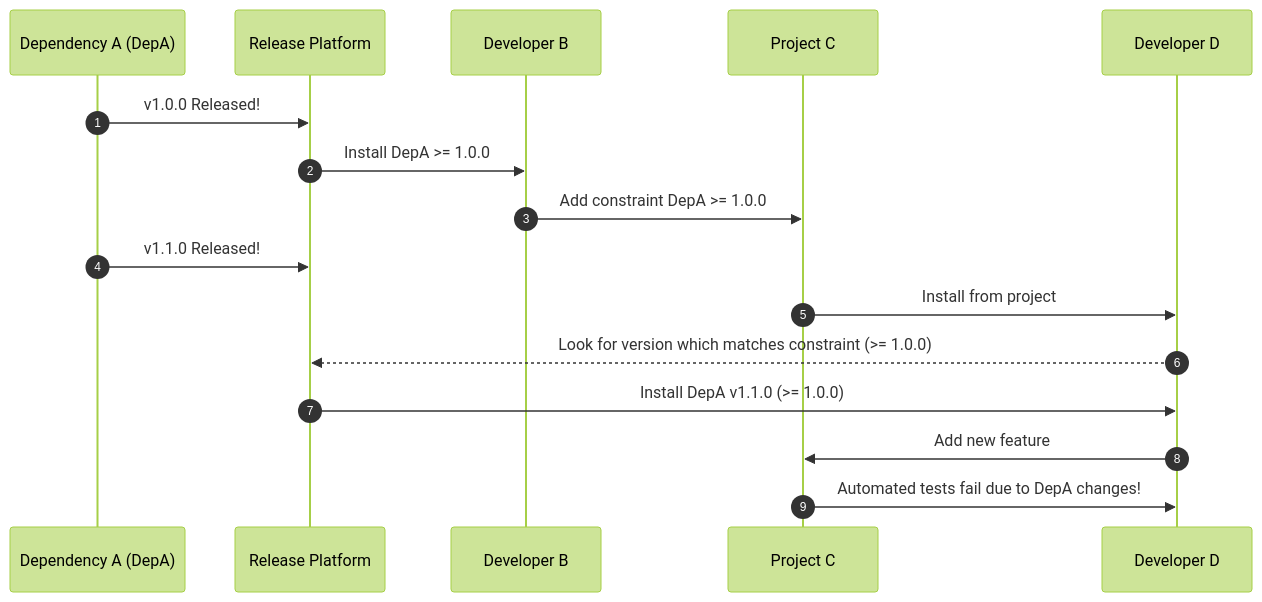
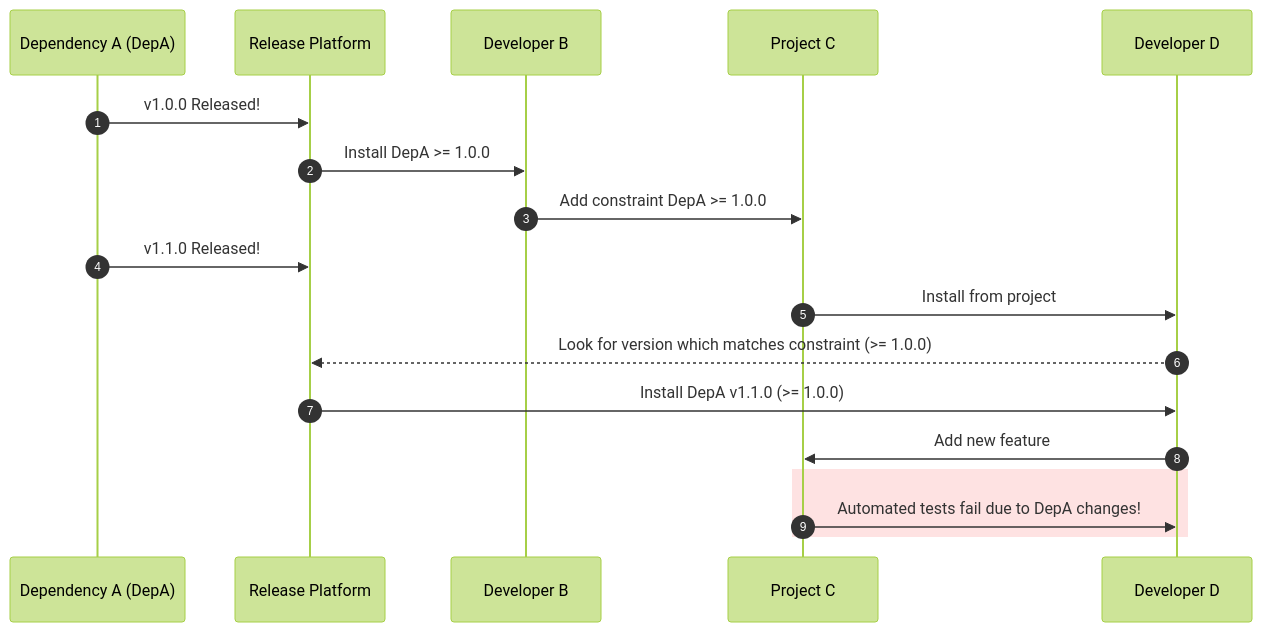
The fifth of 7 diagrams in _posts/2024-02-20-Lockfiles.md (d33bs/set-website), drawn with Mermaid (forest theme) before and after one commit. The commit also changed other lines of this file, not shown here.

Commit message:
diagrams and further content; reorganize for flow

````diff
--- a/_posts/2024-02-20-Lockfiles.md
+++ b/_posts/2024-02-20-Lockfiles.md
@@ -137,13 +190,15 @@
-```mermaid
+```mermaid!
 sequenceDiagram
     autonumber
     Dependency A (DepA) ->>Release Platform: v1.0.0 Released!
     Release Platform->>Developer B: Install DepA >= 1.0.0
     Developer B->>Project C: Add constraint DepA >= 1.0.0
     Dependency A (DepA) ->>Release Platform: v1.1.0 Released!
     Project C ->> Developer D: Install from project
     Developer D -->> Release Platform: Look for version which matches constraint (>= 1.0.0)
     Release Platform ->> Developer D: Install DepA v1.1.0 (>= 1.0.0)
     Developer D->> Project C: Add new feature
+    rect rgb(254, 226, 226)
     Project C->> Developer D: Automated tests fail due to DepA changes!
+    end
 ```
````
